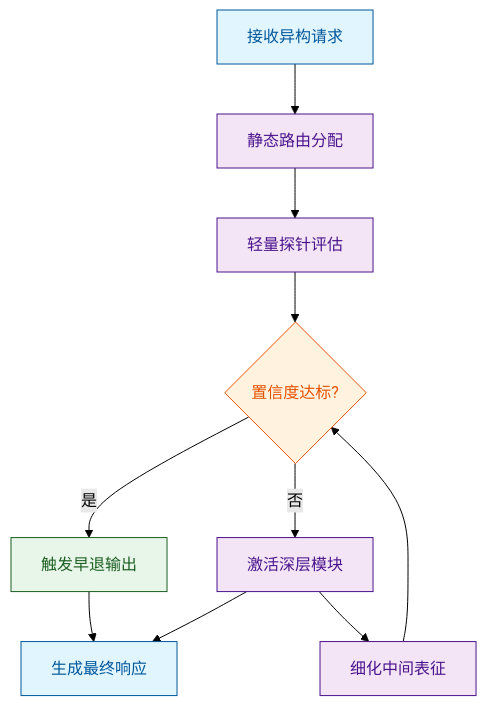
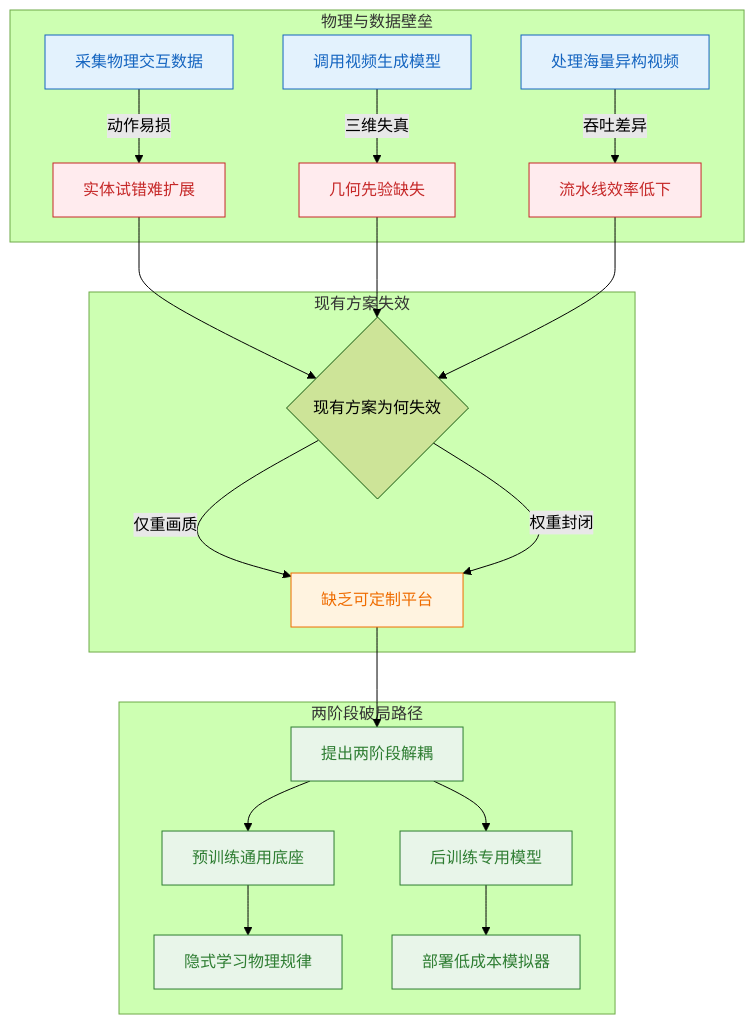
One commit to ShinewineW/paper-rolling changed the first of 11 diagrams in person_vault/2026-06-08_CosmosWorldFoundationModelPlatformForPhysicalAI_2501.03575/report.md. Above: the diagram before and after it, drawn with Mermaid (forest theme). The commit also changed other lines of this file and 51 other files, not shown here.

````diff
--- a/person_vault/2026-06-08_CosmosWorldFoundationModelPlatformForPhysicalAI_2501.03575/report.md
+++ b/person_vault/2026-06-08_CosmosWorldFoundationModelPlatformForPhysicalAI_2501.03575/report.md
@@ -46,19 +71,34 @@
 ```mermaid
-flowchart TB
-    classDef start fill:#e1f5fe,stroke:#01579b,color:#01579b
-    classDef process fill:#f3e5f5,stroke:#4a148c,color:#4a148c
-    classDef decision fill:#fff3e0,stroke:#e65100,color:#e65100
-    classDef data fill:#e8f5e9,stroke:#1b5e20,color:#1b5e20
+flowchart TD
+    classDef pain fill:#ffebee,stroke:#c62828,color:#c62828;
+    classDef gap fill:#fff3e0,stroke:#ef6c00,color:#ef6c00;
+    classDef insight fill:#e8f5e9,stroke:#2e7d32,color:#2e7d32;
+    classDef action fill:#e3f2fd,stroke:#1565c0,color:#1565c0;
 
-    req_in["接收异构请求"]:::start --> static_route["静态路由分配"]:::process
-    static_route --> probe_eval["轻量探针评估"]:::process
-    probe_eval --> gate_check{置信度达标?}:::decision
-    
-    gate_check -- 是 --> early_exit["触发早退输出"]:::data
-    gate_check -- 否 --> deep_activate["激活深层模块"]:::process
-    deep_activate --> refine_repr["细化中间表征"]:::process
-    refine_repr --> gate_check
-    
-    early_exit --> final_out["生成最终响应"]:::start
-    deep_activate --> final_out
+    subgraph 物理与数据壁垒
+        collect_data["采集物理交互数据"] -->|动作易损| scale_blocked["实体试错难扩展"]
+        use_gen_models["调用视频生成模型"] -->|三维失真| geo_missing["几何先验缺失"]
+        process_videos["处理海量异构视频"] -->|吞吐差异| pipeline_slow["流水线效率低下"]
+    end
+
+    subgraph 现有方案失效
+        scale_blocked --> check_fail{现有方案为何失效}
+        geo_missing --> check_fail
+        pipeline_slow --> check_fail
+        check_fail -->|仅重画质| platform_gap["缺乏可定制平台"]
+        check_fail -->|权重封闭| platform_gap
+    end
+
+    subgraph 两阶段破局路径
+        platform_gap --> propose_split["提出两阶段解耦"]
+        propose_split --> pretrain_base["预训练通用底座"]
+        propose_split --> posttrain_finetune["后训练专用模型"]
+        pretrain_base --> learn_physics["隐式学习物理规律"]
+        posttrain_finetune --> deploy_sim["部署低成本模拟器"]
+    end
+
+    class scale_blocked,geo_missing,pipeline_slow pain;
+    class platform_gap gap;
+    class propose_split,pretrain_base,posttrain_finetune,learn_physics,deploy_sim insight;
+    class collect_data,use_gen_models,process_videos action;
 ```
````
